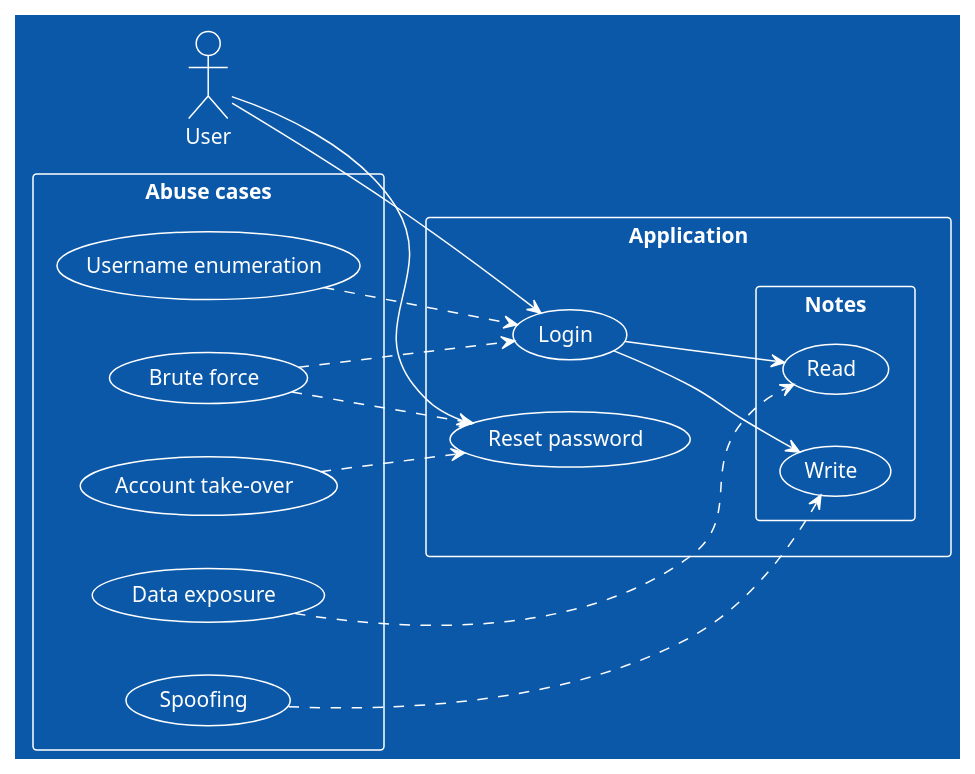
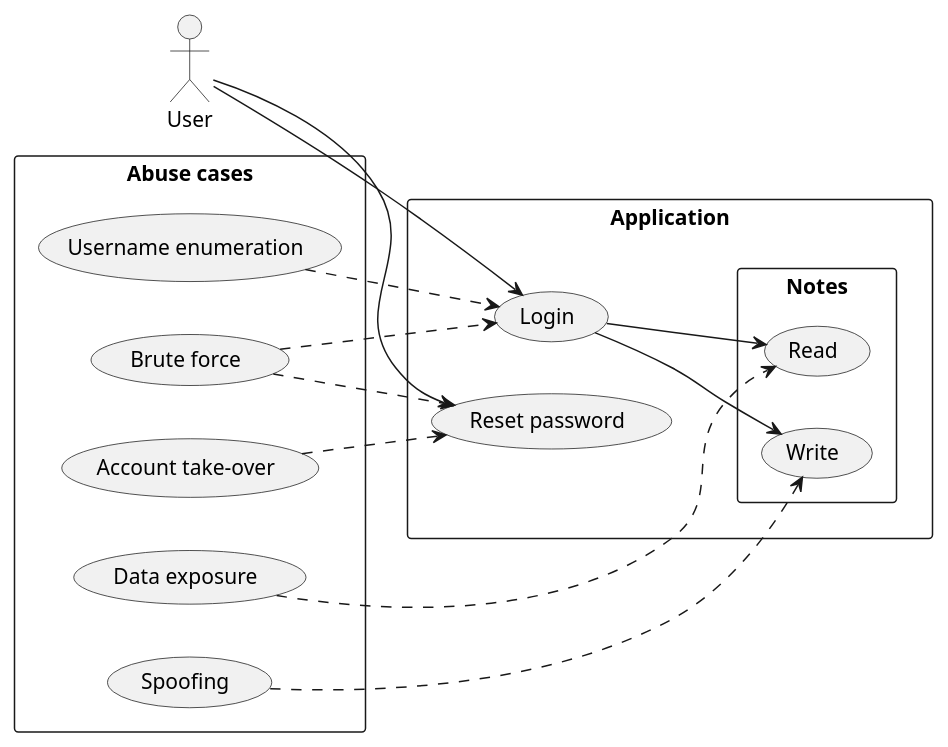
Before and after one commit to blabla1337/skf-labs: the diagram in python/Threat-modeling/plantuml/abuse-cases-diagram.wsd, drawn with PlantUML. The commit also changed 13 other files, not shown here.

```diff
--- a/python/Threat-modeling/plantuml/abuse-cases-diagram.wsd
+++ b/python/Threat-modeling/plantuml/abuse-cases-diagram.wsd
@@ -1,34 +1,34 @@
 @startuml
-!theme amiga
+
 left to right direction
 actor "User" as ur
 rectangle "Application" {
   usecase "Login" as AppLogin
    usecase "Reset password" as AppResetPassword
    rectangle "Notes" {
        usecase "Write" as AppWriteNotes
        usecase "Read" as AppReadNotes
    }
 }
 
 rectangle "Abuse cases" {
   usecase "Brute force" as HackLogin
   usecase "Username enumeration" as Enumeration
   usecase "Data exposure" as DataExposure
   usecase "Spoofing" as Spoofing
   usecase "Account take-over" as Account
 }
 
 ur --> AppLogin
 ur --> AppResetPassword
 AppLogin --> AppReadNotes
 AppLogin --> AppWriteNotes
 
 Enumeration ..> AppLogin
 HackLogin ..> AppLogin
 HackLogin ..> AppResetPassword
 Spoofing ..> AppWriteNotes
 DataExposure ..> AppReadNotes
 Account ..> AppResetPassword
 
 @enduml
```
